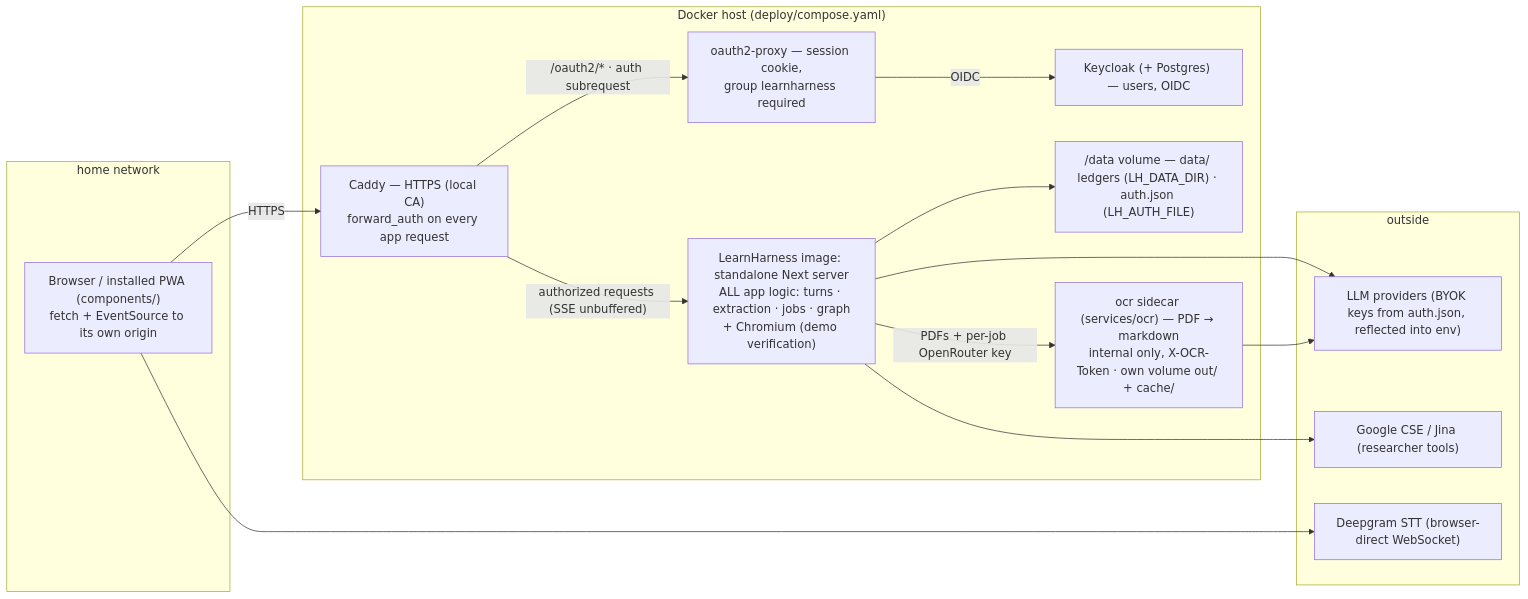
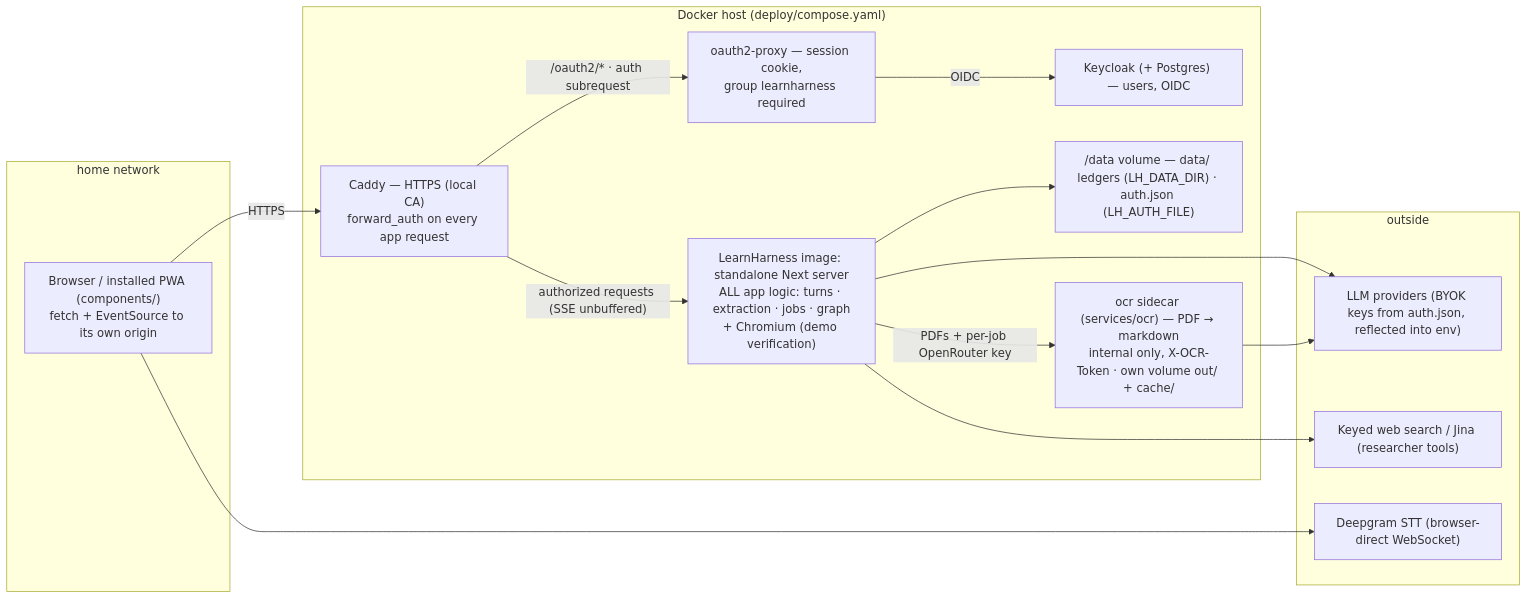
The seventh of 7 diagrams in docs/architecture.md (VileEnd/learnharness), drawn with Mermaid before and after one commit. The commit also changed other lines of this file and 12 other files, not shown here.

````diff
--- a/docs/architecture.md
+++ b/docs/architecture.md
@@ -480,29 +480,29 @@
 ```mermaid
 flowchart LR
     subgraph LAN["home network"]
         BROWSER["Browser / installed PWA (components/)<br/>fetch + EventSource to its own origin"]
     end
     subgraph STACK["Docker host (deploy/compose.yaml)"]
         CADDY["Caddy — HTTPS (local CA)<br/>forward_auth on every app request"]
         PROXY["oauth2-proxy — session cookie,<br/>group learnharness required"]
         KC["Keycloak (+ Postgres) — users, OIDC"]
         NEXT["LearnHarness image: standalone Next server<br/>ALL app logic: turns · extraction · jobs · graph<br/>+ Chromium (demo verification)"]
         DISK["/data volume — data/ ledgers (LH_DATA_DIR) · auth.json (LH_AUTH_FILE)"]
         OCR["ocr sidecar (services/ocr) — PDF → markdown<br/>internal only, X-OCR-Token · own volume out/ + cache/"]
     end
     subgraph OUTSIDE["outside"]
         OR["LLM providers (BYOK keys from auth.json, reflected into env)"]
         DG["Deepgram STT (browser-direct WebSocket)"]
-        GCSE["Google CSE / Jina (researcher tools)"]
+        WEBS["Keyed web search / Jina (researcher tools)"]
     end
     BROWSER -->|"HTTPS"| CADDY
     CADDY -->|"/oauth2/* · auth subrequest"| PROXY
     PROXY -->|"OIDC"| KC
     CADDY -->|"authorized requests (SSE unbuffered)"| NEXT
     NEXT --> DISK
     NEXT --> OR
     NEXT -->|"PDFs + per-job OpenRouter key"| OCR
     OCR --> OR
-    NEXT --> GCSE
+    NEXT --> WEBS
     BROWSER --> DG
 ```
````
